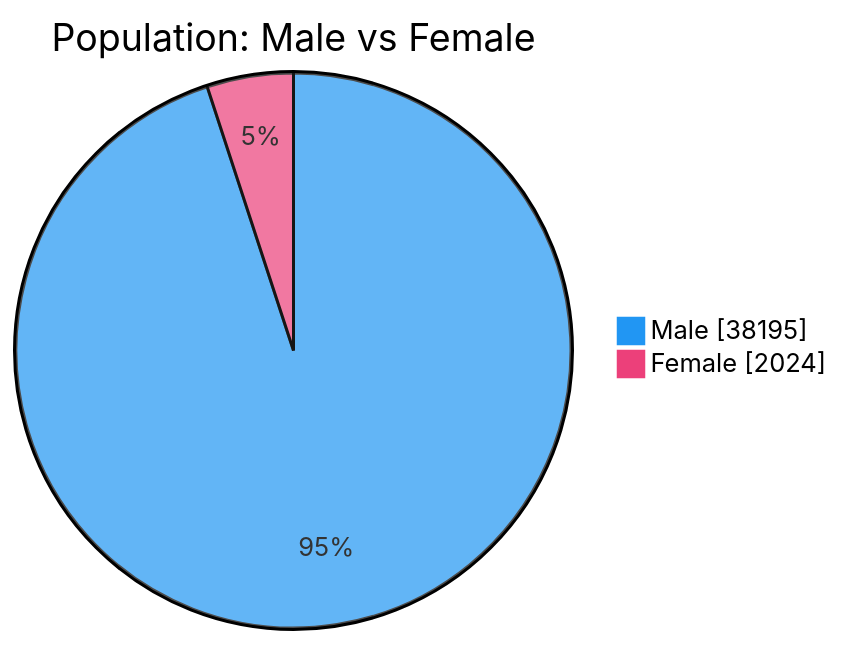
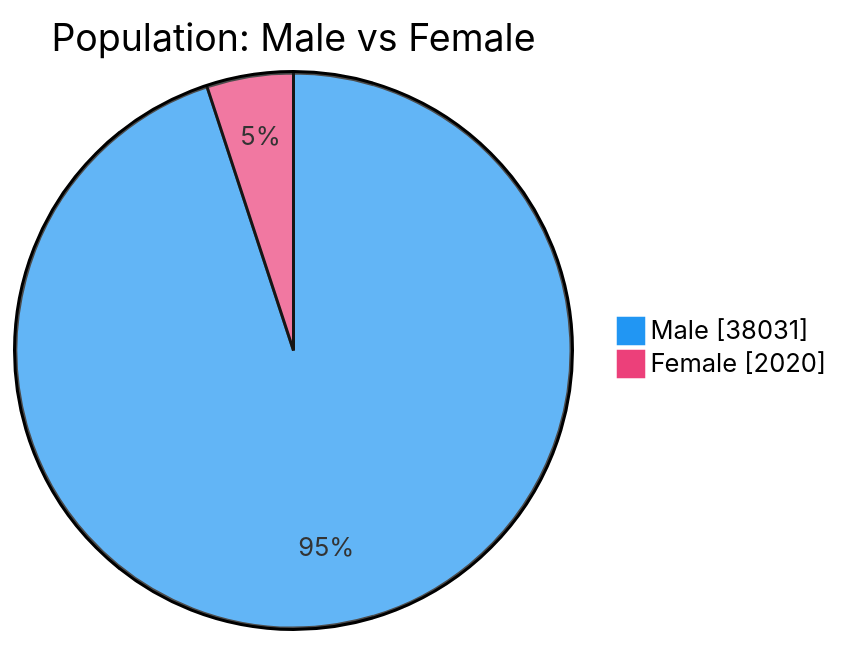
Before and after one commit to nuuuwan/lk_prisons: the second of 7 diagrams in README.md, drawn with Mermaid. The commit also changed other lines of this file and 1 other file, not shown here.

````diff
--- a/README.md
+++ b/README.md
@@ -54,6 +54,6 @@
 ```mermaid
 %%{init: {'themeVariables': {'pie1': '#2196F3', 'pie2': '#EC407A'}}}%%
 pie showData title Population: Male vs Female
-    "Male" : 38195
-    "Female" : 2024
+    "Male" : 38031
+    "Female" : 2020
 ```
````
